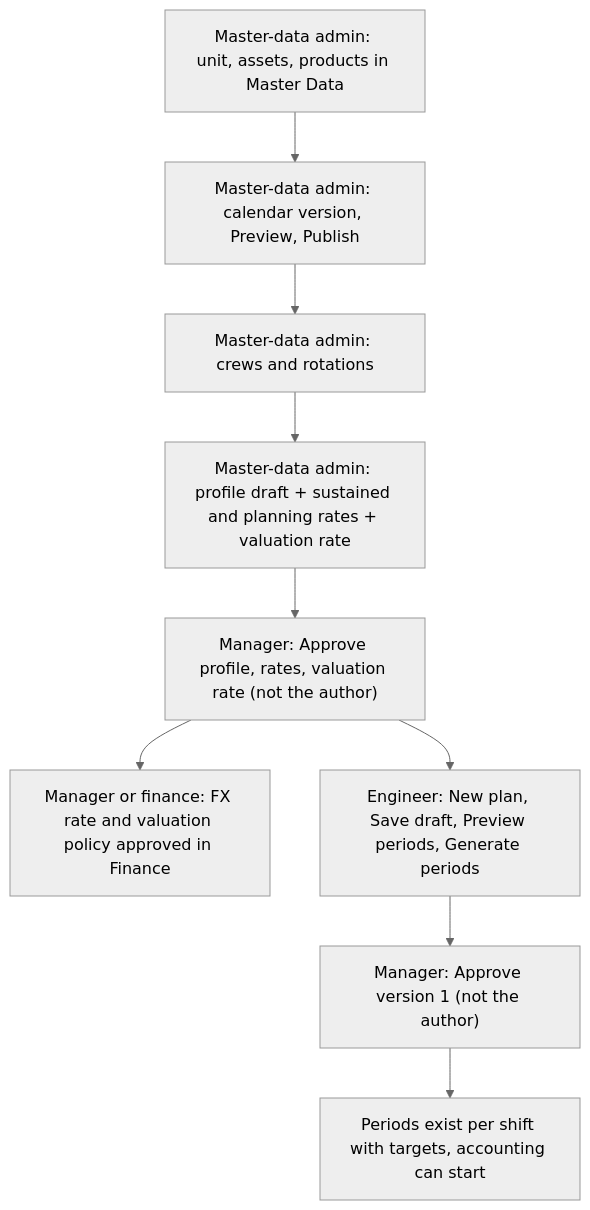
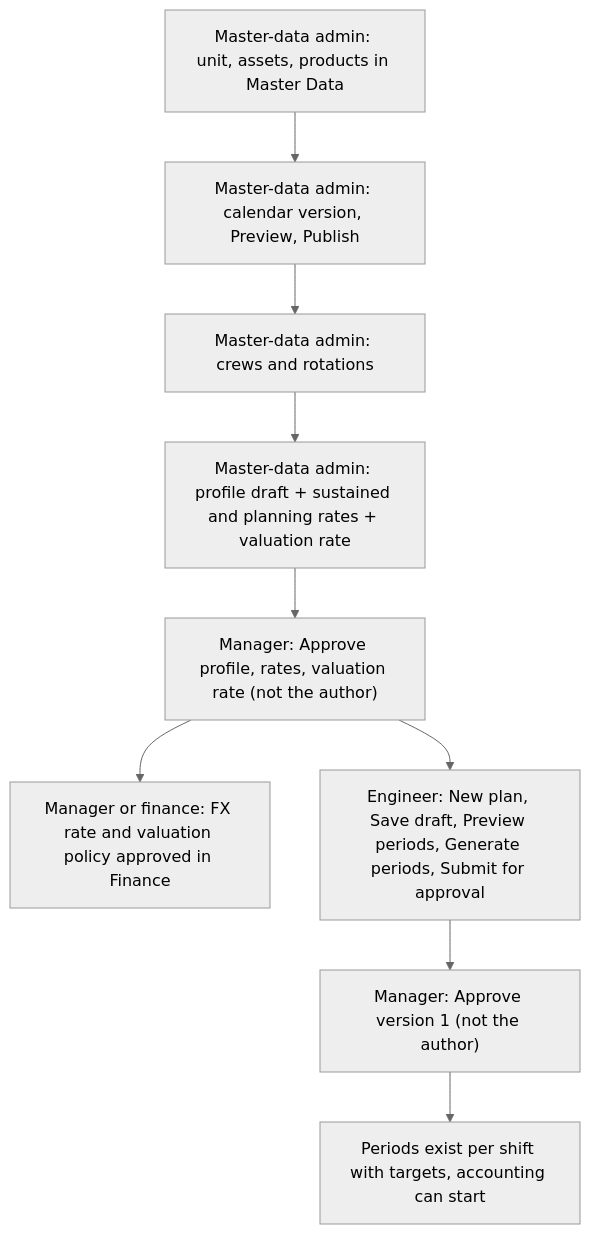
The third of 5 diagrams in docs/PERSONA_USER_FLOWS.md (tofelemed/PLA-Downtime-RCA-V3), drawn with Mermaid (neutral theme) before and after one commit. The commit also changed other lines of this file and 61 other files, not shown here.

````diff
--- a/docs/PERSONA_USER_FLOWS.md
+++ b/docs/PERSONA_USER_FLOWS.md
@@ -904,11 +915,11 @@
 ```mermaid
 flowchart TD
     A["Master-data admin: unit, assets, products in Master Data"] --> B["Master-data admin: calendar version, Preview, Publish"]
     B --> C["Master-data admin: crews and rotations"]
     C --> D["Master-data admin: profile draft + sustained and planning rates + valuation rate"]
     D --> E["Manager: Approve profile, rates, valuation rate (not the author)"]
     E --> F["Manager or finance: FX rate and valuation policy approved in Finance"]
-    E --> G["Engineer: New plan, Save draft, Preview periods, Generate periods"]
+    E --> G["Engineer: New plan, Save draft, Preview periods, Generate periods, Submit for approval"]
     G --> H["Manager: Approve version 1 (not the author)"]
     H --> I["Periods exist per shift with targets, accounting can start"]
 ```
````
